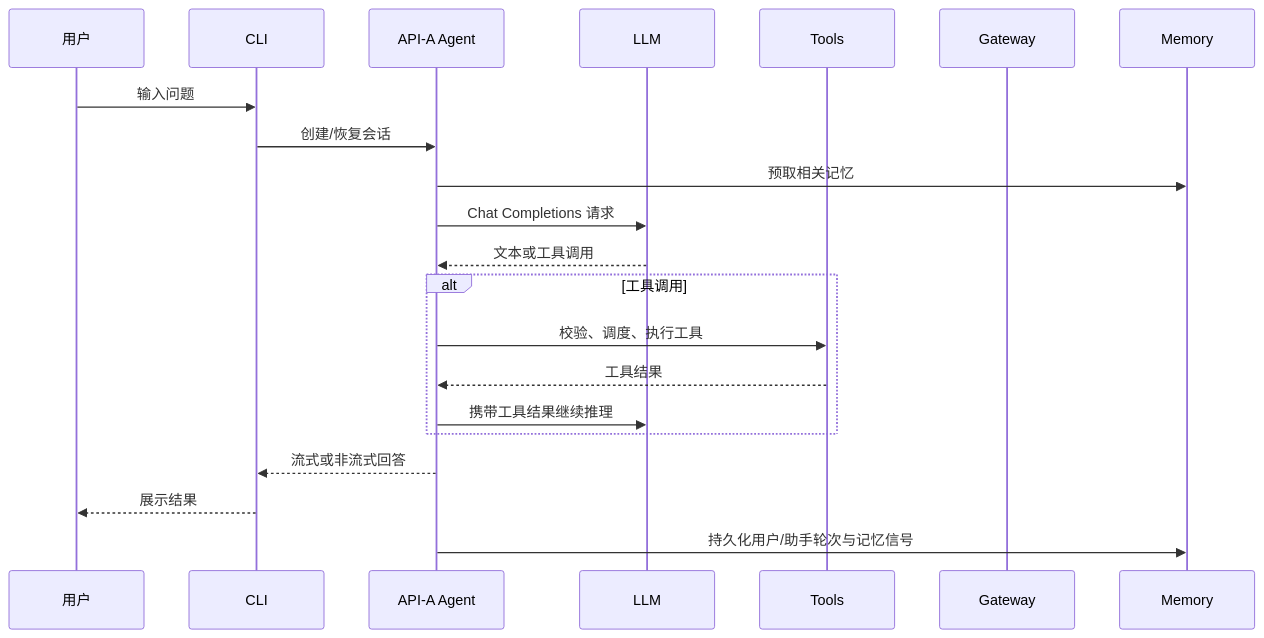
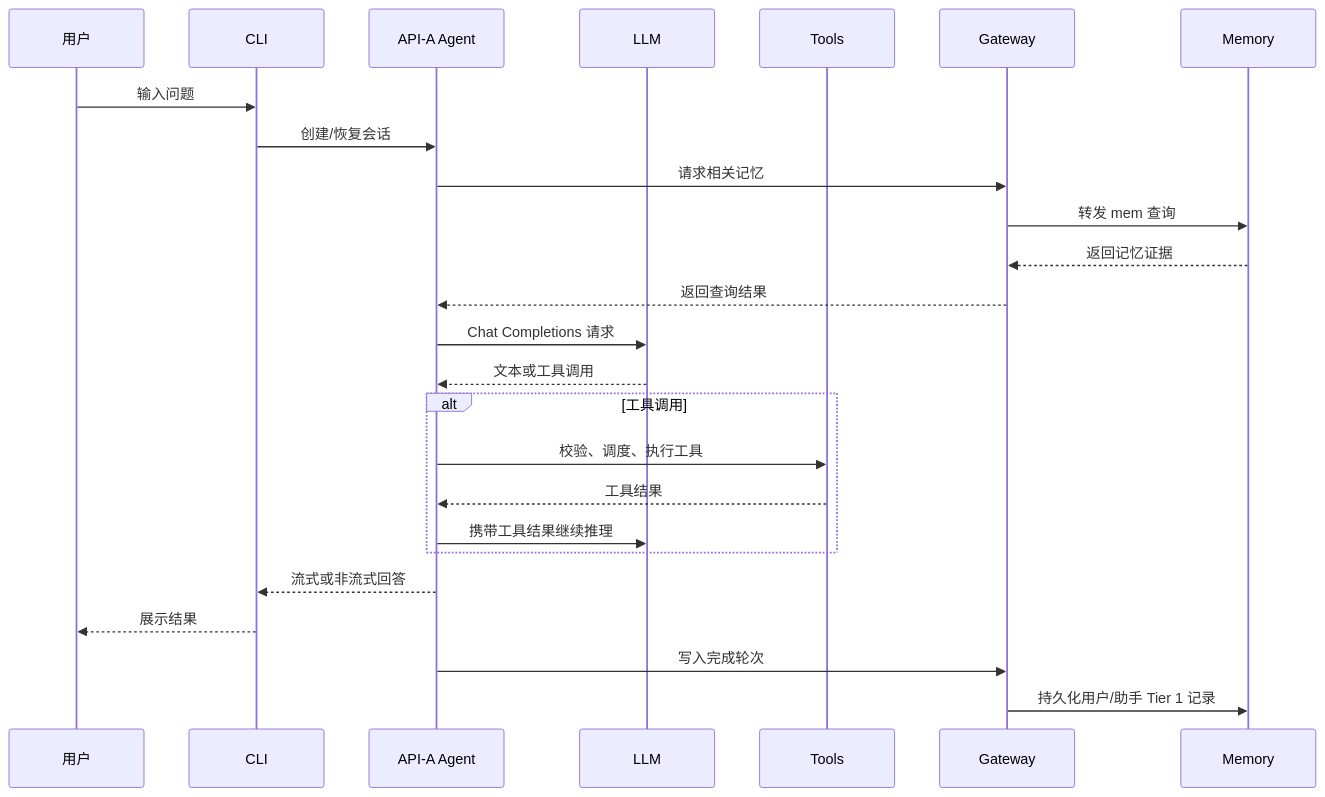
Before and after one commit to LSgit-hub/VoidCube: the second of 5 diagrams in docs/项目架构与逻辑架构.md, drawn with Mermaid. The commit also changed other lines of this file and 24 other files, not shown here.

````diff
--- a/docs/项目架构与逻辑架构.md
+++ b/docs/项目架构与逻辑架构.md
@@ -171,24 +166,28 @@
 ```mermaid
 sequenceDiagram
     participant U as 用户
     participant C as CLI
     participant A as API-A Agent
     participant L as LLM
     participant T as Tools
     participant G as Gateway
     participant M as Memory
 
     U->>C: 输入问题
     C->>A: 创建/恢复会话
-    A->>M: 预取相关记忆
+    A->>G: 请求相关记忆
+    G->>M: 转发 mem 查询
+    M-->>G: 返回记忆证据
+    G-->>A: 返回查询结果
     A->>L: Chat Completions 请求
     L-->>A: 文本或工具调用
     alt 工具调用
         A->>T: 校验、调度、执行工具
         T-->>A: 工具结果
         A->>L: 携带工具结果继续推理
     end
     A-->>C: 流式或非流式回答
     C-->>U: 展示结果
-    A->>M: 持久化用户/助手轮次与记忆信号
+    A->>G: 写入完成轮次
+    G->>M: 持久化用户/助手 Tier 1 记录
 ```
````
